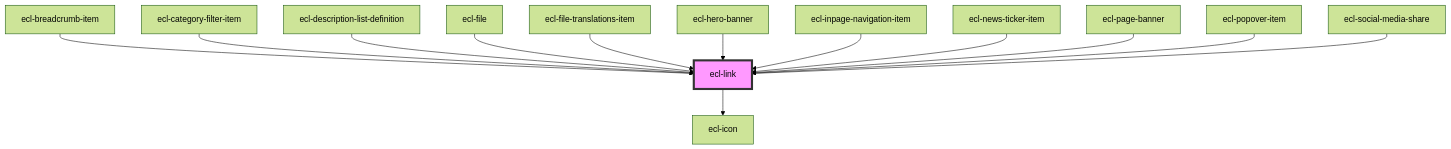
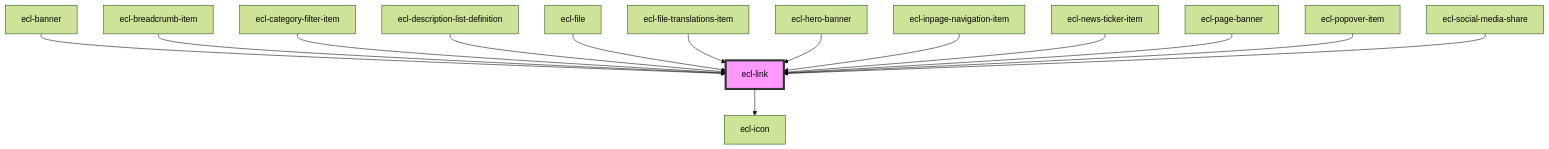
The diagram in src/components/ecl-link/readme.md (ec-europa/ecl-webcomponents), drawn with Mermaid (forest theme) before and after one commit. The commit also changed other lines of this file and 47 other files, not shown here.

````diff
--- a/src/components/ecl-link/readme.md
+++ b/src/components/ecl-link/readme.md
@@ -41,16 +42,17 @@
 ```mermaid
 graph TD;
   ecl-link --> ecl-icon
+  ecl-banner --> ecl-link
   ecl-breadcrumb-item --> ecl-link
   ecl-category-filter-item --> ecl-link
   ecl-description-list-definition --> ecl-link
   ecl-file --> ecl-link
   ecl-file-translations-item --> ecl-link
   ecl-hero-banner --> ecl-link
   ecl-inpage-navigation-item --> ecl-link
   ecl-news-ticker-item --> ecl-link
   ecl-page-banner --> ecl-link
   ecl-popover-item --> ecl-link
   ecl-social-media-share --> ecl-link
   style ecl-link fill:#f9f,stroke:#333,stroke-width:4px
 ```
````
